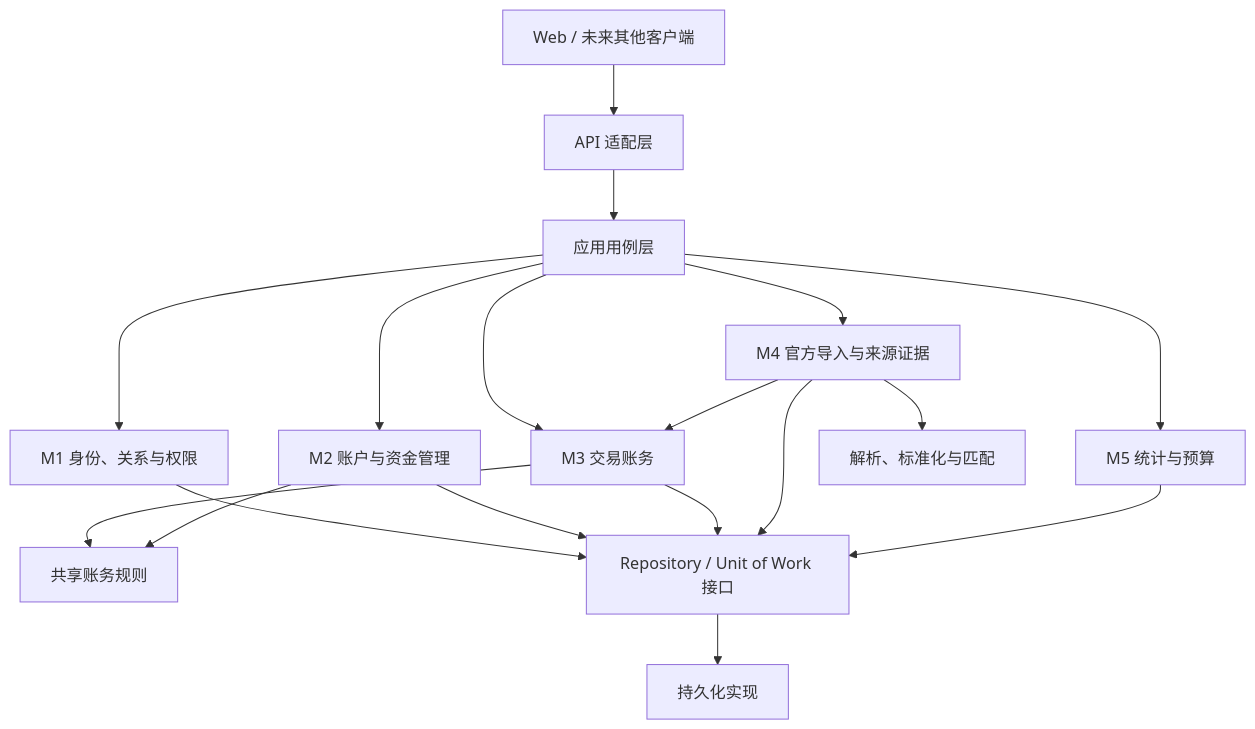
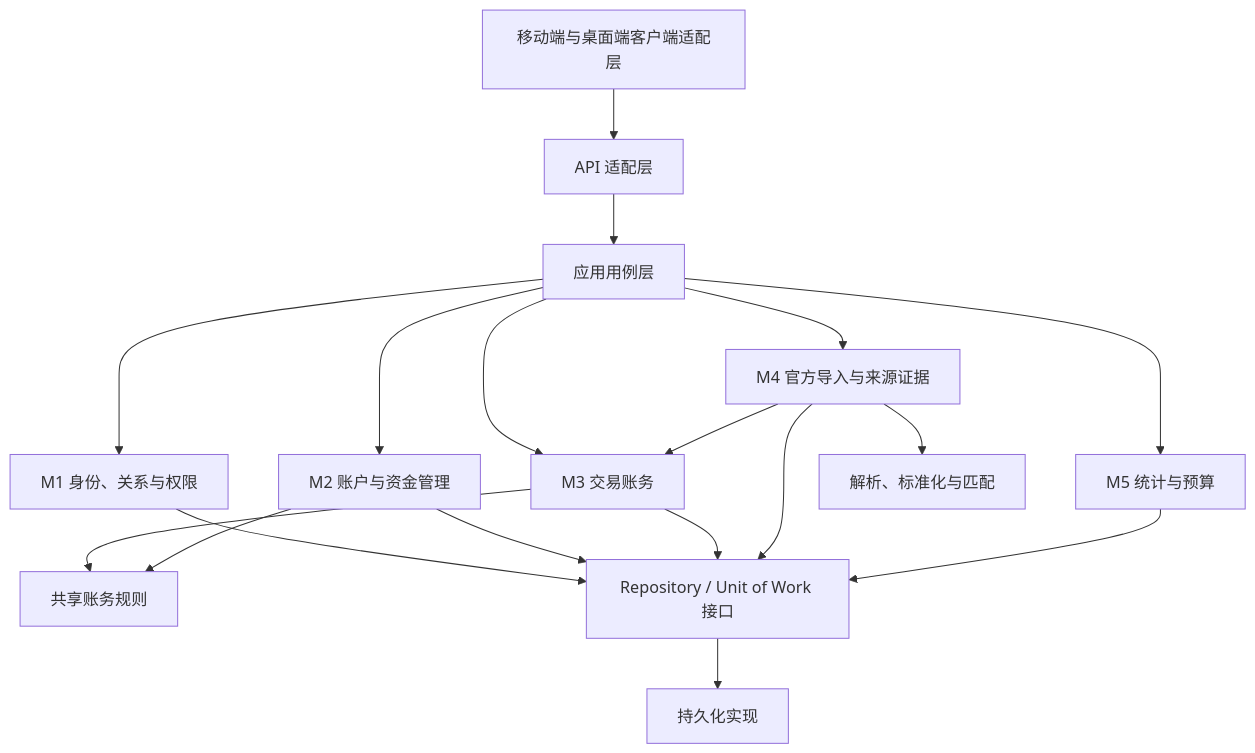
One commit to AsteriaAnna/ledger-final changed the diagram in docs/ENGINEERING_MODULE_BOUNDARIES.md. Above: the diagram before and after it, drawn with Mermaid. The commit also changed other lines of this file, not shown here.

```diff
--- a/docs/ENGINEERING_MODULE_BOUNDARIES.md
+++ b/docs/ENGINEERING_MODULE_BOUNDARIES.md
@@ -22,20 +24,20 @@
 ~~~mermaid
 flowchart TB
-    CLIENT["Web / 未来其他客户端"] --> API["API 适配层"]
+    CLIENT["移动端与桌面端客户端适配层"] --> API["API 适配层"]
     API --> APP["应用用例层"]
     APP --> IAM["M1 身份、关系与权限"]
     APP --> ACCOUNT["M2 账户与资金管理"]
     APP --> LEDGER["M3 交易账务"]
     APP --> IMPORT["M4 官方导入与来源证据"]
     APP --> STATS["M5 统计与预算"]
     LEDGER --> RULES["共享账务规则"]
     ACCOUNT --> RULES
     IMPORT --> PARSER["解析、标准化与匹配"]
     IMPORT --> LEDGER
     IAM --> PORTS["Repository / Unit of Work 接口"]
     ACCOUNT --> PORTS
     LEDGER --> PORTS
     IMPORT --> PORTS
     STATS --> PORTS
     PORTS --> STORE["持久化实现"]
 ~~~
```
